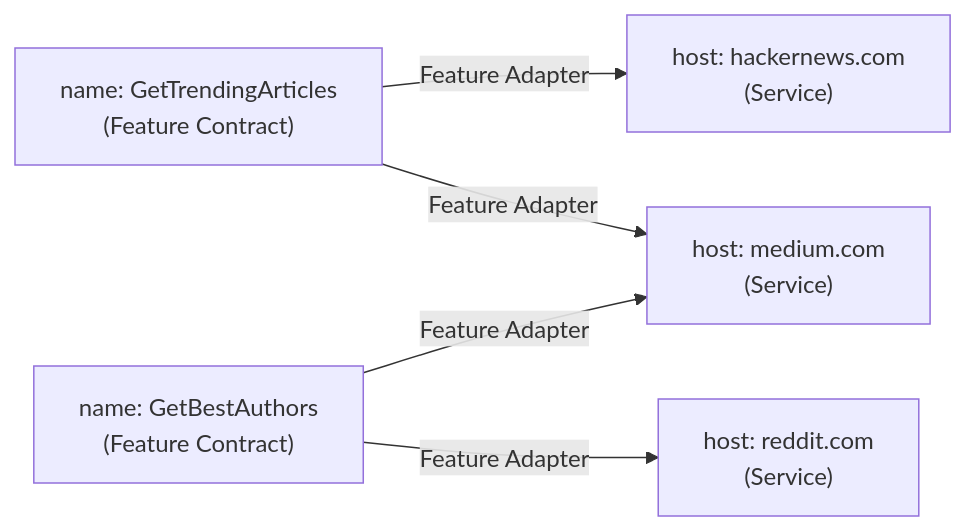
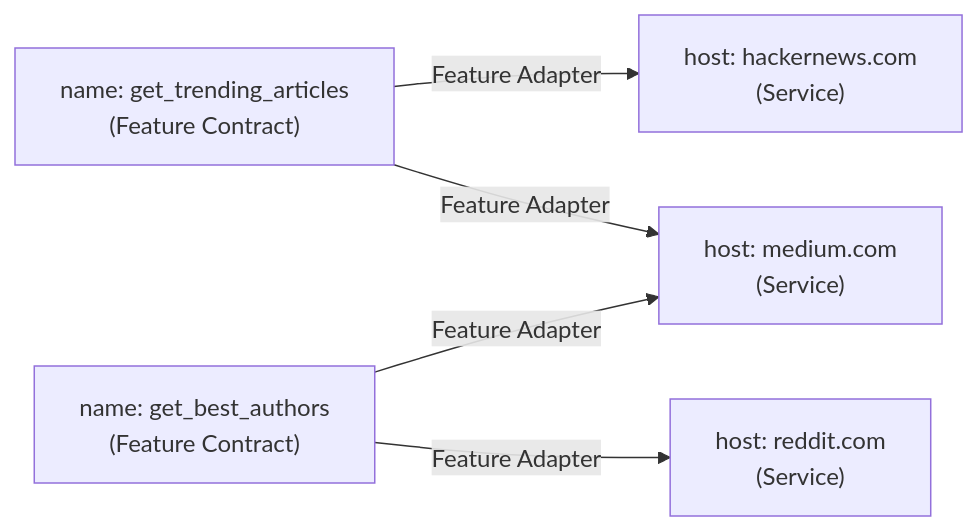
Before and after one commit to webfeatures/spec: the second of 2 diagrams in README.md, drawn with Mermaid. The commit also changed other lines of this file, not shown here.

````diff
--- a/README.md
+++ b/README.md
@@ -14,19 +14,19 @@
 ```mermaid
 graph LR;
-    contract1["name: GetTrendingArticles
+    contract1["name: get_trending_articles
     (Feature Contract)"];
-    contract2["name: GetBestAuthors
+    contract2["name: get_best_authors
     (Feature Contract)"];
 
     service1["host: medium.com
     (Service)"];
     service2["host: hackernews.com
     (Service)"];
     service3["host: reddit.com
     (Service)"];
 
     contract1-->|Feature Adapter| service2;
     contract1-->|Feature Adapter| service1;
     contract2-->|Feature Adapter| service1;
     contract2-->|Feature Adapter| service3;
 ```
````
